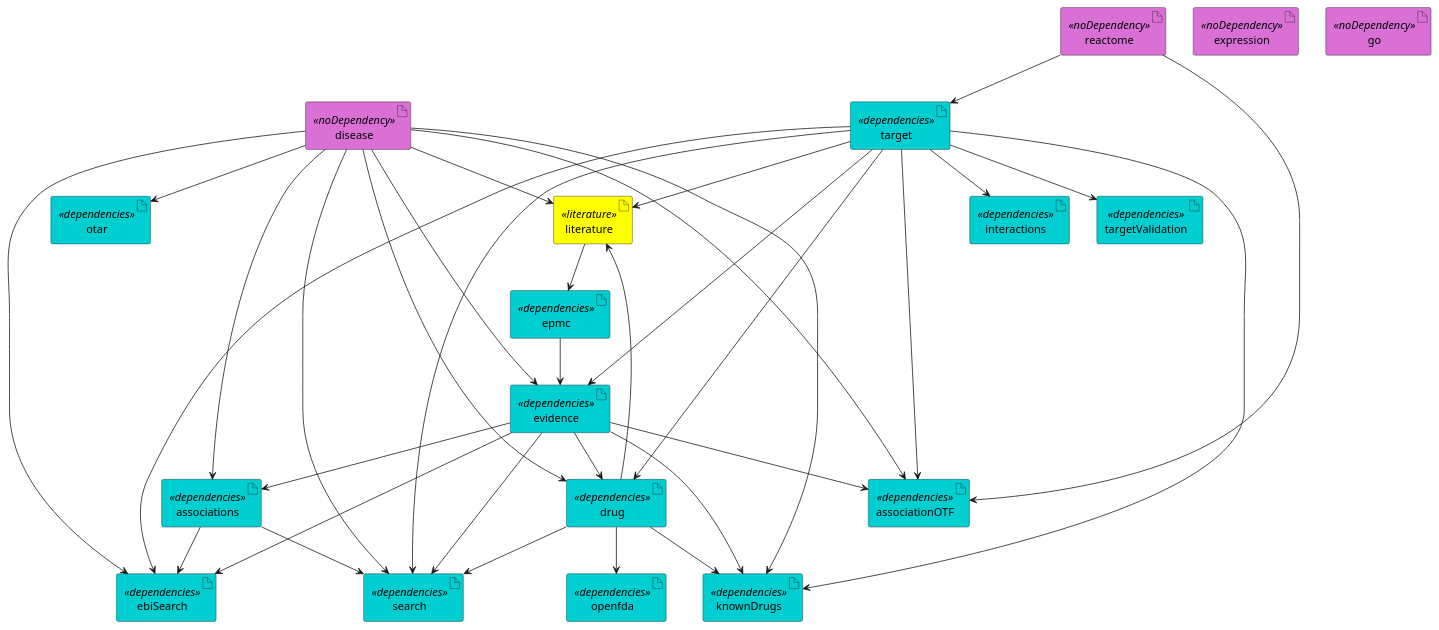
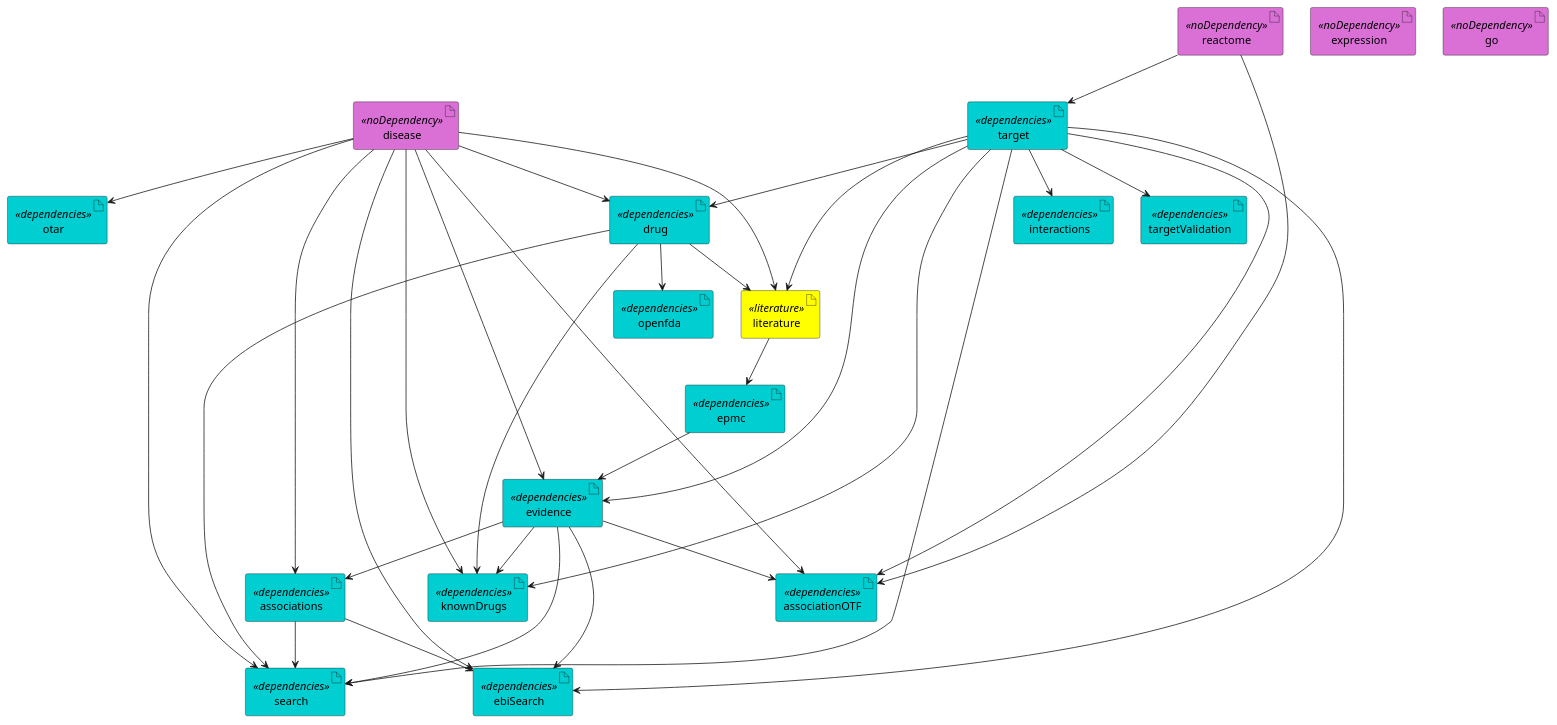
Before and after one commit to opentargets/platform-etl-backend: the diagram in documentation/etl_current.puml, drawn with PlantUML.

Commit message:
Update documentation to reflect no dependency between evidence and drug.

```diff
--- a/documentation/etl_current.puml
+++ b/documentation/etl_current.puml
@@ -1,75 +1,74 @@
 @startuml
 skinparam interface {
     backgroundColor<<input>> darkblue
     backgroundColor<<output>> cyan
 }
 skinparam artifact {
      backgroundColor<<noDependency>> orchid
      backgroundColor<<dependencies>> darkturquoise
      backgroundColor<<literature>> yellow
  }
 ' steps
 artifact literature <<literature>>
 artifact associations <<dependencies>>
 artifact associationOTF <<dependencies>>
 artifact disease <<noDependency>>
 artifact drug <<dependencies>>
 artifact epmc <<dependencies>>
 artifact evidence <<dependencies>>
 artifact expression <<noDependency>>
 artifact go <<noDependency>>
 artifact interactions <<dependencies>>
 artifact knownDrugs <<dependencies>>
 artifact targetValidation<<dependencies>>
 artifact reactome <<noDependency>>
 artifact search <<dependencies>>
 artifact target <<dependencies>>
 artifact openfda <<dependencies>>
 artifact ebiSearch <<dependencies>>
 artifact otar <<dependencies>>
 
 disease --> otar
 reactome --> target
 
 evidence --> associations
 disease --> associations
 
 reactome --> associationOTF
 evidence --> associationOTF
 disease --> associationOTF
 target --> associationOTF
 
 target --> drug
 disease --> drug
-evidence --> drug
 target --> evidence
 disease --> evidence
 
 evidence --> knownDrugs
 disease --> knownDrugs
 target --> knownDrugs
 drug --> knownDrugs
 
 evidence --> search
 disease --> search
 target --> search
 drug --> search
 associations --> search
 
 target --> interactions
 
 target --> targetValidation
 
 drug --> openfda
 
 disease --> ebiSearch
 target --> ebiSearch
 evidence --> ebiSearch
 associations --> ebiSearch
 
 epmc --> evidence
 literature --> epmc
 target --> literature
 drug --> literature
 disease --> literature
 @enduml
```
